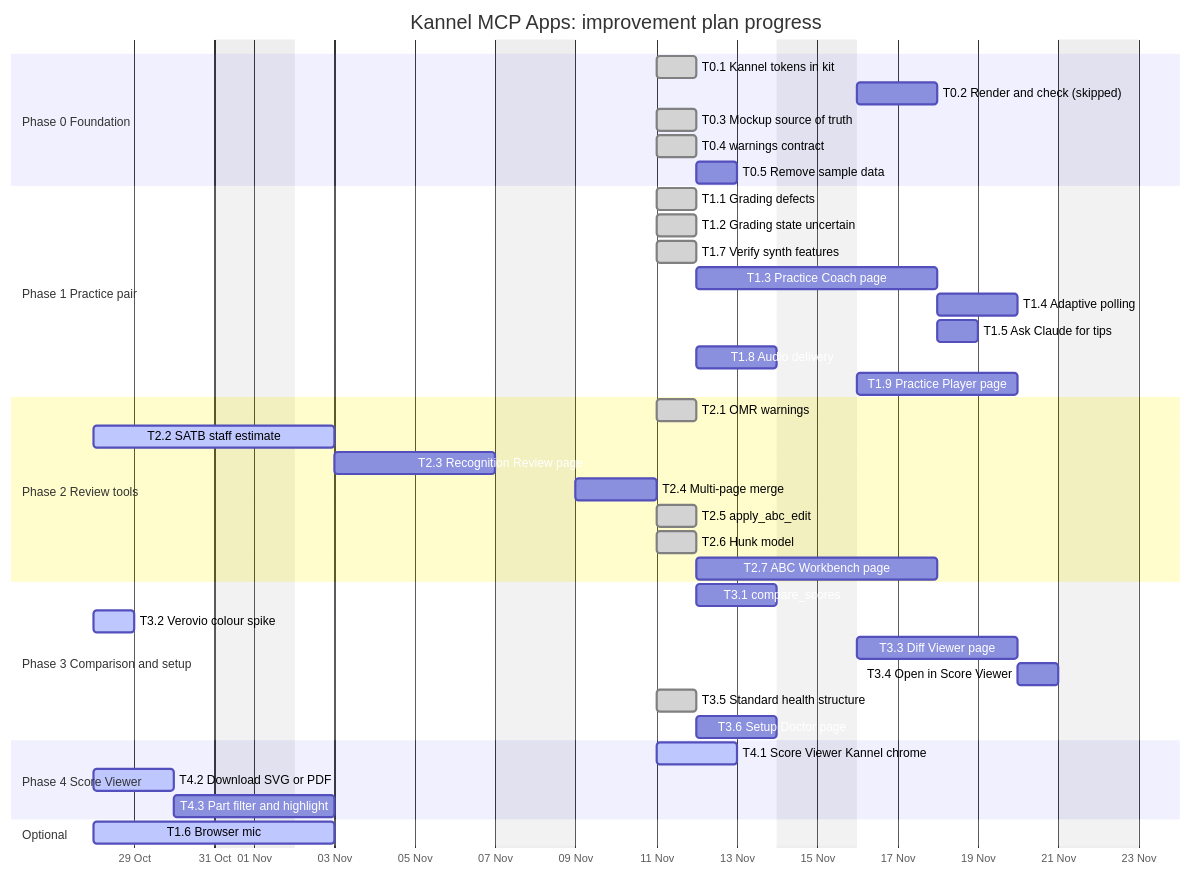
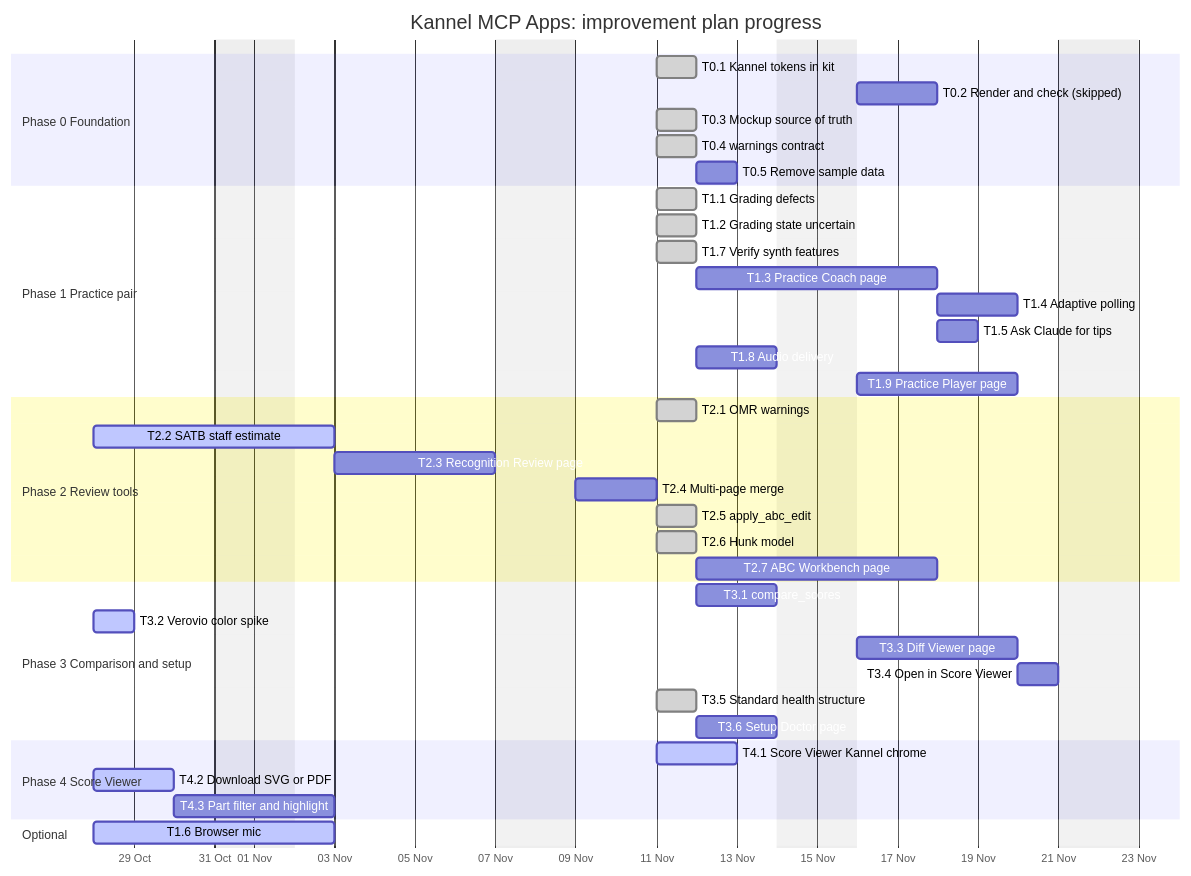
Before and after one commit to raulkivi/sheet-music-mcp: the diagram in docs/research/mcp-apps-improvement-plan.md, drawn with Mermaid. The commit also changed other lines of this file, not shown here.

````diff
--- a/docs/research/mcp-apps-improvement-plan.md
+++ b/docs/research/mcp-apps-improvement-plan.md
@@ -189,50 +189,50 @@
 ```mermaid
 gantt
     title Kannel MCP Apps: improvement plan progress
     dateFormat YYYY-MM-DD
     axisFormat %d %b
     excludes weekends
     todayMarker off
 
     section Phase 0 Foundation
     T0.1 Kannel tokens in kit           :done, t01, 2026-11-11, 1d
     T0.2 Render and check (skipped)     :t02, 2026-11-16, 2d
     T0.3 Mockup source of truth         :done, t03, 2026-11-11, 1d
     T0.4 warnings contract              :done, t04, 2026-11-11, 1d
     T0.5 Remove sample data             :t05, after t03, 1d
 
     section Phase 1 Practice pair
     T1.1 Grading defects                :done, t11, 2026-11-11, 1d
     T1.2 Grading state uncertain        :done, t12, 2026-11-11, 1d
     T1.7 Verify synth features          :done, t17, 2026-11-11, 1d
     T1.3 Practice Coach page            :t13, after t12, 4d
     T1.4 Adaptive polling               :t14, after t13, 2d
     T1.5 Ask Claude for tips            :t15, after t13, 1d
     T1.8 Audio delivery                 :t18, after t17, 2d
     T1.9 Practice Player page           :t19, after t18 t01, 4d
 
     section Phase 2 Review tools
     T2.1 OMR warnings                   :done, t21, 2026-11-11, 1d
     T2.2 SATB staff estimate            :active, t22, 2026-10-28, 4d
     T2.3 Recognition Review page        :t23, after t22, 4d
     T2.4 Multi-page merge               :t24, after t23, 2d
     T2.5 apply_abc_edit                 :done, t25, 2026-11-11, 1d
     T2.6 Hunk model                     :done, t26, 2026-11-11, 1d
     T2.7 ABC Workbench page             :t27, after t25 t26, 4d
 
     section Phase 3 Comparison and setup
     T3.1 compare_scores                 :t31, after t04, 2d
-    T3.2 Verovio colour spike           :active, t32, 2026-10-28, 1d
+    T3.2 Verovio color spike           :active, t32, 2026-10-28, 1d
     T3.3 Diff Viewer page               :t33, after t31 t32, 4d
     T3.4 Open in Score Viewer           :t34, after t33, 1d
     T3.5 Standard health structure      :done, t35, 2026-11-11, 1d
     T3.6 Setup Doctor page              :t36, after t35, 2d
 
     section Phase 4 Score Viewer
     T4.1 Score Viewer Kannel chrome     :active, t41, 2026-11-11, 2d
     T4.2 Download SVG or PDF            :active, t42, 2026-10-28, 2d
     T4.3 Part filter and highlight      :t43, after t42, 2d
 
     section Optional
     T1.6 Browser mic                    :active, t16, 2026-10-28, 4d
 ```
````
